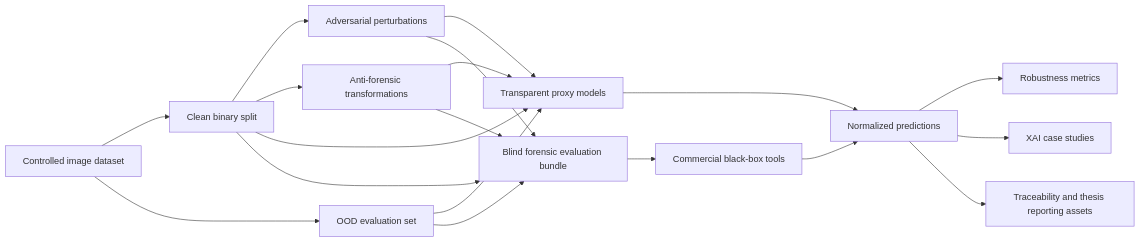
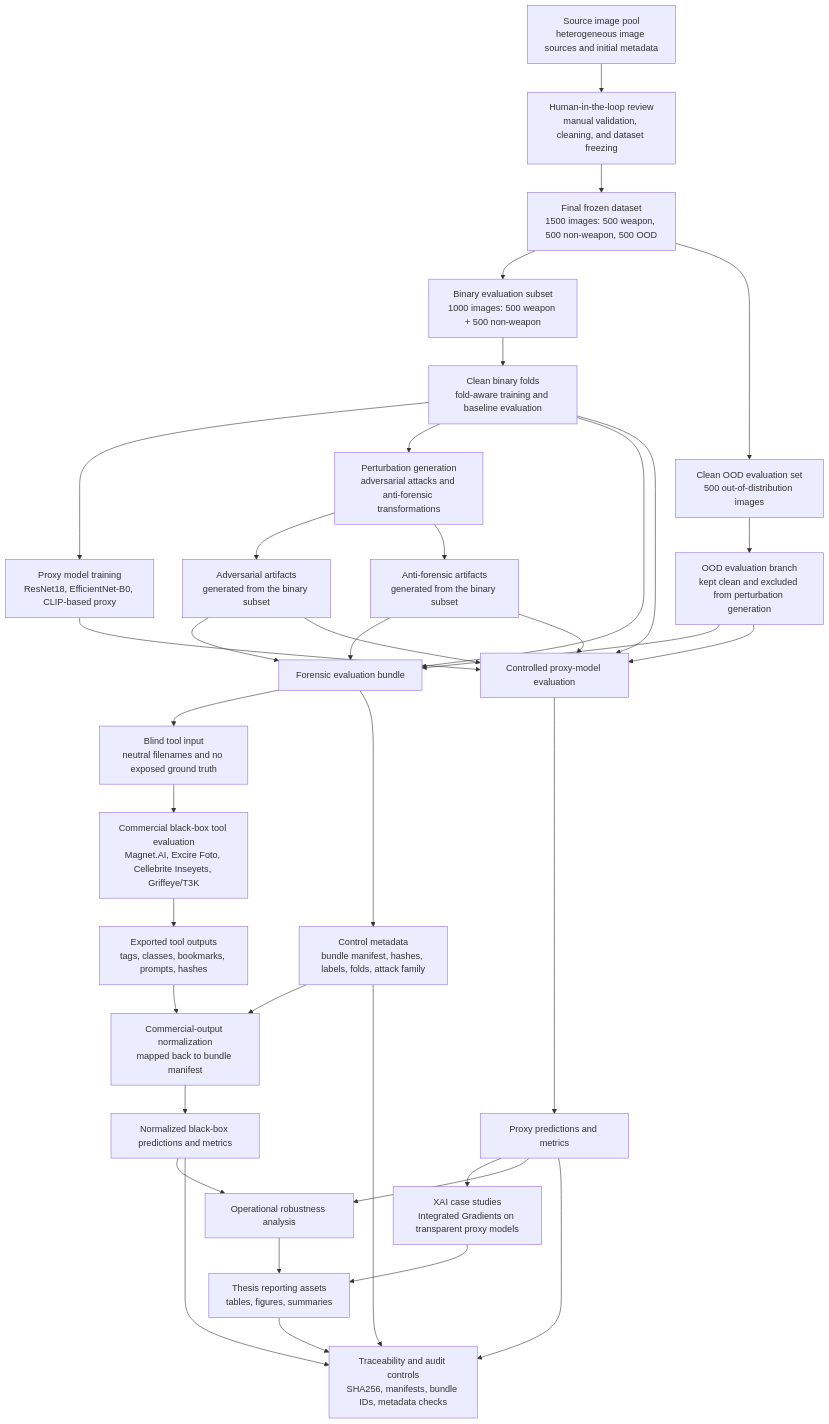
The diagram in README.md (lmolinario/msc-thesis-ai-robustness-in-digital-forensics), drawn with Mermaid before and after one commit. The commit also changed other lines of this file, not shown here.

````diff
--- a/README.md
+++ b/README.md
@@ -59,26 +61,55 @@
 ```mermaid
-flowchart LR
-    A[Controlled image dataset] --> B[Clean binary split]
-    A --> C[OOD evaluation set]
-    B --> D[Adversarial perturbations]
-    B --> E[Anti-forensic transformations]
+flowchart TD
+    A[Source image pool<br/>heterogeneous image sources and initial metadata]
+    B[Human-in-the-loop review<br/>manual validation, cleaning, and dataset freezing]
+    C[Final frozen dataset<br/>1500 images: 500 weapon, 500 non-weapon, 500 OOD]
 
-    B --> F[Transparent proxy models]
-    C --> F
-    D --> F
-    E --> F
+    A --> B --> C
 
-    B --> G[Blind forensic evaluation bundle]
-    C --> G
-    D --> G
-    E --> G
+    C --> D[Binary evaluation subset<br/>1000 images: 500 weapon + 500 non-weapon]
+    C --> E[Clean OOD evaluation set<br/>500 out-of-distribution images]
 
-    G --> H[Commercial black-box tools]
+    D --> F[Clean binary folds<br/>fold-aware training and baseline evaluation]
+    E --> G[OOD evaluation branch<br/>kept clean and excluded from perturbation generation]
 
-    F --> I[Normalized predictions]
-    H --> I
+    F --> H[Proxy model training<br/>ResNet18, EfficientNet-B0, CLIP-based proxy]
+    F --> I[Perturbation generation<br/>adversarial attacks and anti-forensic transformations]
 
-    I --> J[Robustness metrics]
-    I --> K[XAI case studies]
-    I --> L[Traceability and thesis reporting assets]
+    I --> J[Adversarial artifacts<br/>generated from the binary subset]
+    I --> K[Anti-forensic artifacts<br/>generated from the binary subset]
+
+    F --> L[Forensic evaluation bundle]
+    G --> L
+    J --> L
+    K --> L
+
+    L --> M[Blind tool input<br/>neutral filenames and no exposed ground truth]
+    L --> N[Control metadata<br/>bundle manifest, hashes, labels, folds, attack family]
+
+    F --> O[Controlled proxy-model evaluation]
+    G --> O
+    J --> O
+    K --> O
+    H --> O
+
+    M --> P[Commercial black-box tool evaluation<br/>Magnet.AI, Excire Foto, Cellebrite Inseyets, Griffeye/T3K]
+    P --> Q[Exported tool outputs<br/>tags, classes, bookmarks, prompts, hashes]
+
+    Q --> R[Commercial-output normalization<br/>mapped back to bundle manifest]
+    N --> R
+
+    O --> S[Proxy predictions and metrics]
+    R --> T[Normalized black-box predictions and metrics]
+
+    S --> U[XAI case studies<br/>Integrated Gradients on transparent proxy models]
+    S --> V[Operational robustness analysis]
+    T --> V
+
+    V --> W[Thesis reporting assets<br/>tables, figures, summaries]
+    U --> W
+
+    N --> X[Traceability and audit controls<br/>SHA256, manifests, bundle IDs, metadata checks]
+    S --> X
+    T --> X
+    W --> X
 ```
````
